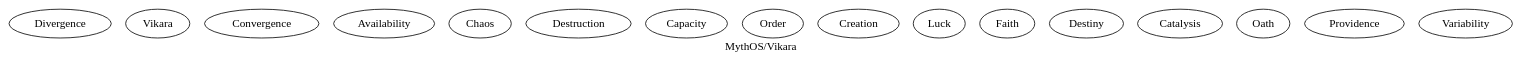
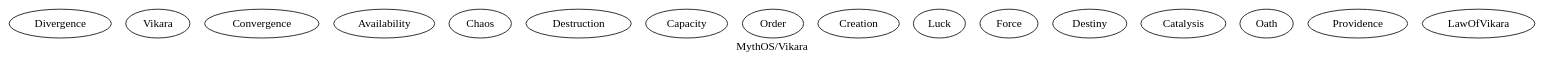
The diagram in src/lib/MythOS/VikaraFactor.dot (cilang/mythos), drawn with Graphviz before and after one commit. The commit also changed 25 other files, not shown here.

```diff
--- a/src/lib/MythOS/VikaraFactor.dot
+++ b/src/lib/MythOS/VikaraFactor.dot
@@ -1,21 +1,21 @@
 strict digraph VikaraFactor {
     label = "MythOS/Vikara";
     comment = "The cosmic principle of transformation and change in MythOS—governing all processes of divergence, convergence, and metamorphosis.";
     
     a [label = "Divergence";comment = "Branching possibilities—the infinite paths reality could take, the raw material of all change and variation.";];
     0 [label = "Vikara";comment = "Transformation itself—the universal principle that all things can and must change their state, form, or nature.";];
     b [label = "Convergence";comment = "Synthesized outcomes—the coming together of disparate elements into new unified wholes and resolutions.";];
     1 [label = "Availability";comment = "Open potential—the state of readiness for change, when conditions permit transformation to begin.";];
     2 [label = "Chaos";comment = "Creative dissolution—the breakdown of existing patterns that makes space for new arrangements to emerge.";];
     4 [label = "Destruction";comment = "Necessary ending—the deliberate dismantling of old forms to liberate their constituent elements.";];
     8 [label = "Capacity";comment = "Transformative potential—the measure of how much change a system can undergo or contain.";];
-    7 [label = "Order";comment = "Emergent structure—the new patterns and organizations that crystallize from transformative processes.";];
-    5 [label = "Creation";comment = "Novel emergence—the birth of entirely new forms, relationships, and possibilities.";];
-    3 [label = "Luck";comment = "Fortuitous chance—the aspect of transformation that operates beyond predictable cause and effect.";];
-    6 [label = "Faith";comment = "Trust in process—the commitment to transformation even when outcomes cannot be guaranteed or seen.";];
-    9 [label = "Destiny";comment = "Meaningful pattern—the emergent purpose that gives direction and significance to transformative journeys.";];
-    c [label = "Catalysis";comment = "Change agents and triggers—the specific catalysts and actors that initiate or guide transformations.";];
-    d [label = "Oath";comment = "Binding commitment to change—the promises and contracts that lock in transformative pathways.";];
-    e [label = "Providence";comment = "Guided unfolding—the timing and placement of transformations within larger cosmic patterns.";];
-    f [label = "Variability";comment = "Dynamic stability achieved—the state where change itself becomes the constant, reliable principle.";];
+    7 [label = "Order";comment = "{{TBA}}";];
+    5 [label = "Creation";comment = "Emergence of wholly new forms.";];
+    3 [label = "Luck";comment = "Unpredictable chance in transformation.";];
+    6 [label = "Force";comment = "{{TBA}}";];
+    9 [label = "Destiny";comment = "Purpose guiding transformative paths.";];
+    c [label = "Catalysis";comment = "Triggers that initiate or steer change.";];
+    d [label = "Oath";comment = "Binding commitment to a path of change.";];
+    e [label = "Providence";comment = "Timed unfolding within cosmic design.";];
+    f [label = "LawOfVikara";comment = "Change as the stable constant.";];
 }
```
